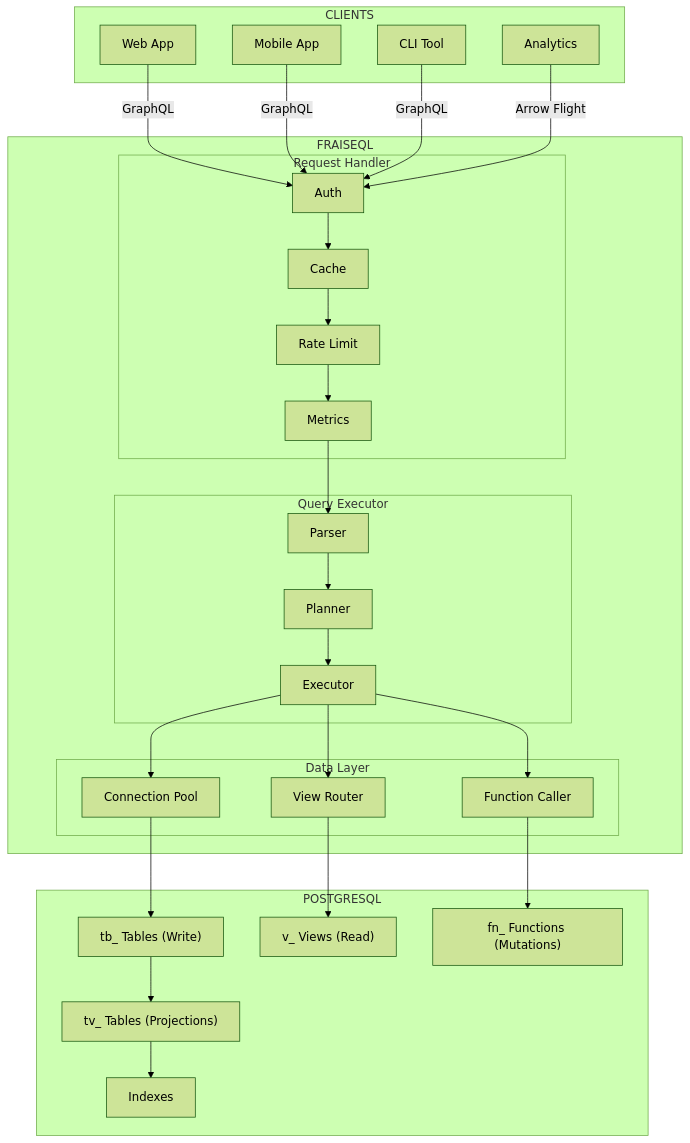
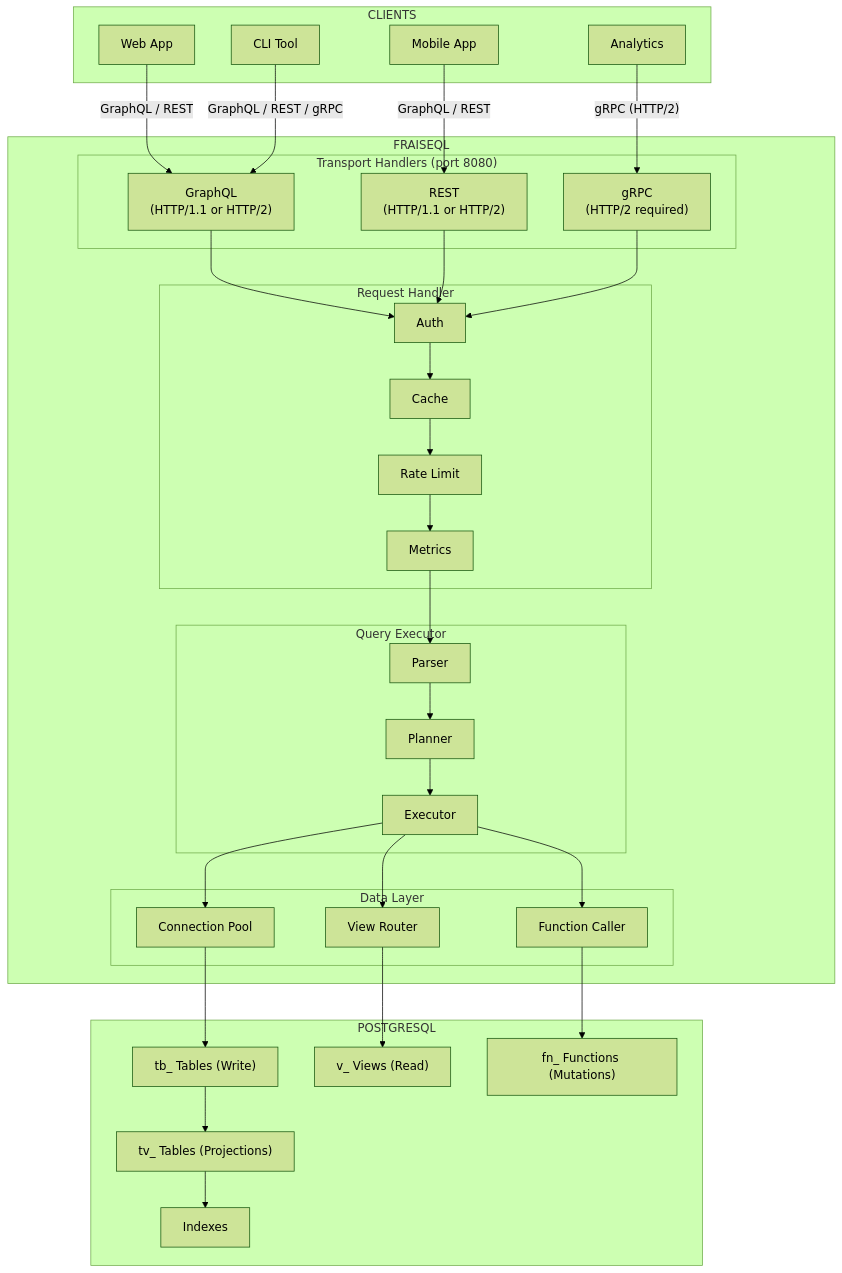
The first of 6 diagrams in src/content/docs/diagrams/architecture.mdx (fraiseql/fraiseql-docs), drawn with Mermaid (forest theme) before and after one commit. The commit also changed 145 other files, not shown here.

````diff
--- a/src/content/docs/diagrams/architecture.mdx
+++ b/src/content/docs/diagrams/architecture.mdx
@@ -12,55 +12,64 @@
 ```mermaid
 graph TD
   subgraph CLIENTS
     web["Web App"]
     mobile["Mobile App"]
     cli["CLI Tool"]
     analytics["Analytics"]
   end
 
   subgraph FRAISEQL
+    subgraph TransportHandlers["Transport Handlers (port 8080)"]
+      gql["GraphQL\n(HTTP/1.1 or HTTP/2)"]
+      rest["REST\n(HTTP/1.1 or HTTP/2)"]
+      grpc["gRPC\n(HTTP/2 required)"]
+    end
+
     subgraph RequestHandler["Request Handler"]
       auth["Auth"]
       cache["Cache"]
       ratelimit["Rate Limit"]
       metrics["Metrics"]
     end
 
     subgraph QueryExecutor["Query Executor"]
       parser["Parser"]
       planner["Planner"]
       exec["Executor"]
     end
 
     subgraph DataLayer["Data Layer"]
       pool["Connection Pool"]
       viewrouter["View Router"]
       funcaller["Function Caller"]
     end
   end
 
   subgraph POSTGRESQL
     tables["tb_ Tables (Write)"]
     views["v_ Views (Read)"]
     functions["fn_ Functions (Mutations)"]
     projections["tv_ Tables (Projections)"]
     indexes["Indexes"]
   end
 
-  web -- "GraphQL" --> auth
-  mobile -- "GraphQL" --> auth
-  cli -- "GraphQL" --> auth
-  analytics -- "Arrow Flight" --> auth
+  web -- "GraphQL / REST" --> gql
+  mobile -- "GraphQL / REST" --> rest
+  cli -- "GraphQL / REST / gRPC" --> gql
+  analytics -- "gRPC (HTTP/2)" --> grpc
 
+  gql --> auth
+  rest --> auth
+  grpc --> auth
   auth --> cache --> ratelimit --> metrics --> parser
   parser --> planner --> exec
 
   exec --> pool
   exec --> viewrouter
   exec --> funcaller
 
   pool --> tables
   viewrouter --> views
   funcaller --> functions
   tables --> projections --> indexes
 ```
````
